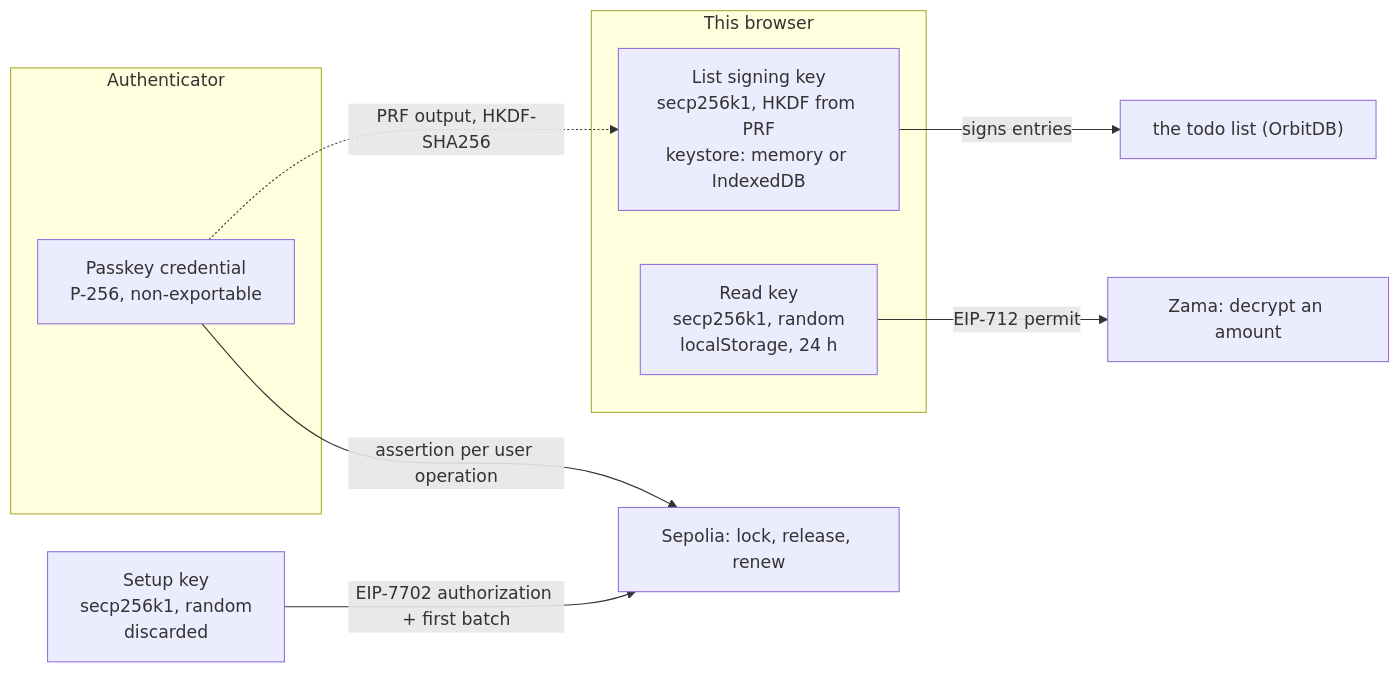
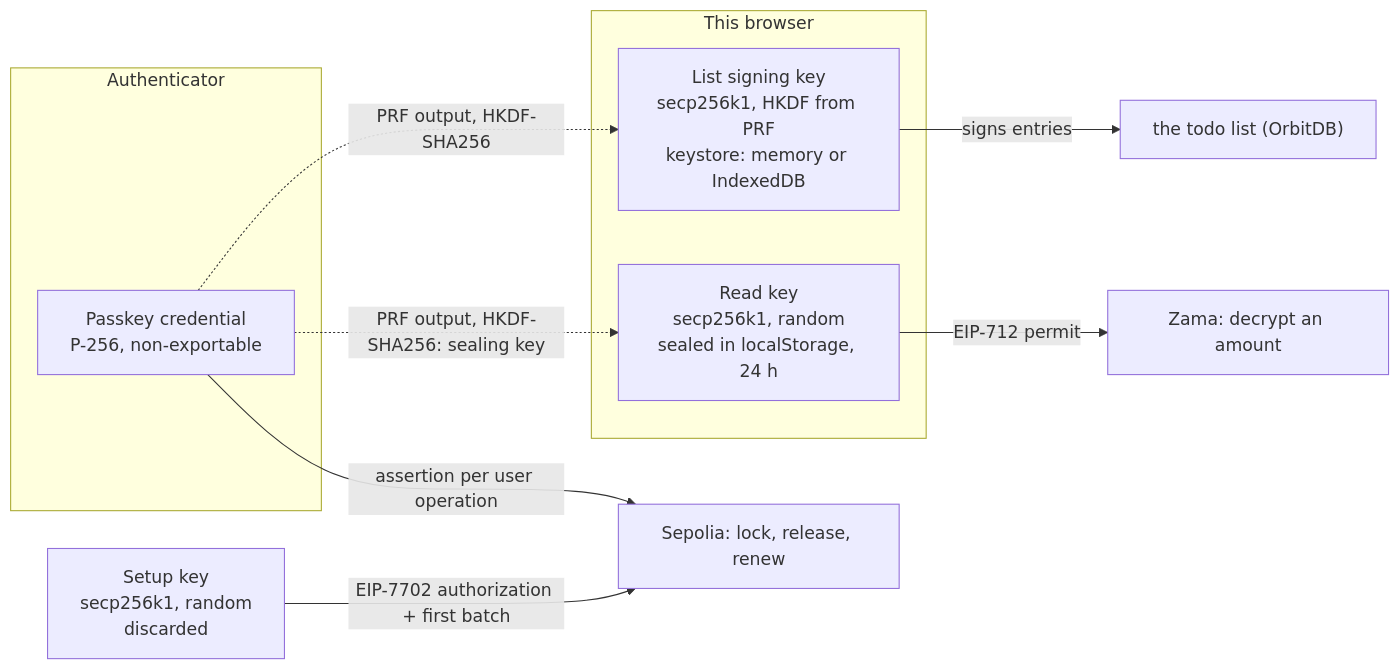
One commit to Le-Space/simple-todo changed the diagram in apps/escrow01/docs/keys.md. Above: the diagram before and after it, drawn with Mermaid. The commit also changed other lines of this file and 1 other file, not shown here.

First line of the commit message:
docs(escrow01): the keys page catches up with the sealed read key

````diff
--- a/apps/escrow01/docs/keys.md
+++ b/apps/escrow01/docs/keys.md
@@ -47,16 +50,17 @@
 ```mermaid
 flowchart LR
   subgraph hw["Authenticator"]
     cred["Passkey credential<br/>P-256, non-exportable"]
   end
   subgraph browser["This browser"]
     sign["List signing key<br/>secp256k1, HKDF from PRF<br/>keystore: memory or IndexedDB"]
-    read["Read key<br/>secp256k1, random<br/>localStorage, 24 h"]
+    read["Read key<br/>secp256k1, random<br/>sealed in localStorage, 24 h"]
   end
   setup["Setup key<br/>secp256k1, random<br/>discarded"]
   cred -->|"assertion per user operation"| chain["Sepolia: lock, release, renew"]
   cred -.->|"PRF output, HKDF-SHA256"| sign
   sign -->|"signs entries"| list["the todo list (OrbitDB)"]
   setup -->|"EIP-7702 authorization + first batch"| chain
+  cred -.->|"PRF output, HKDF-SHA256: sealing key"| read
   read -->|"EIP-712 permit"| zama["Zama: decrypt an amount"]
 ```
````
